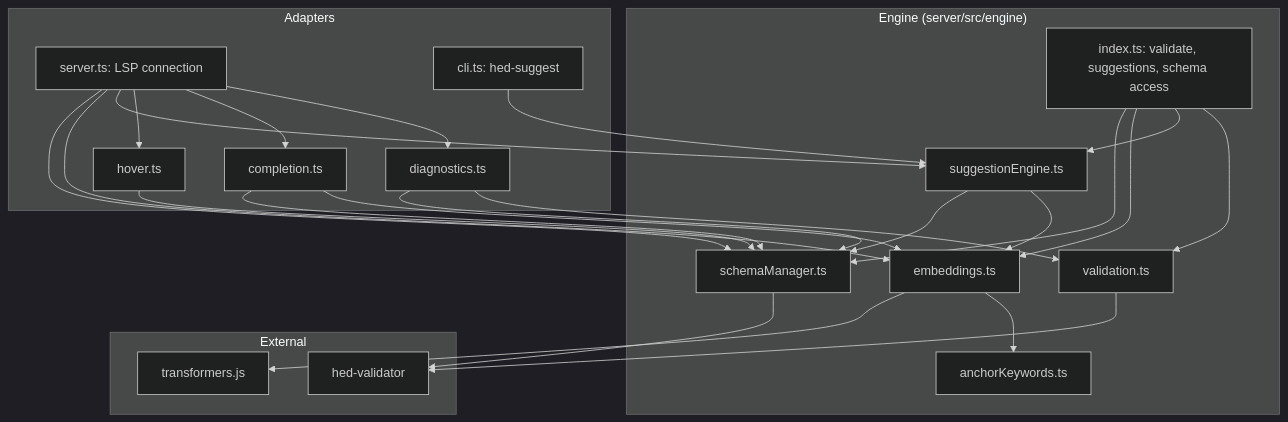
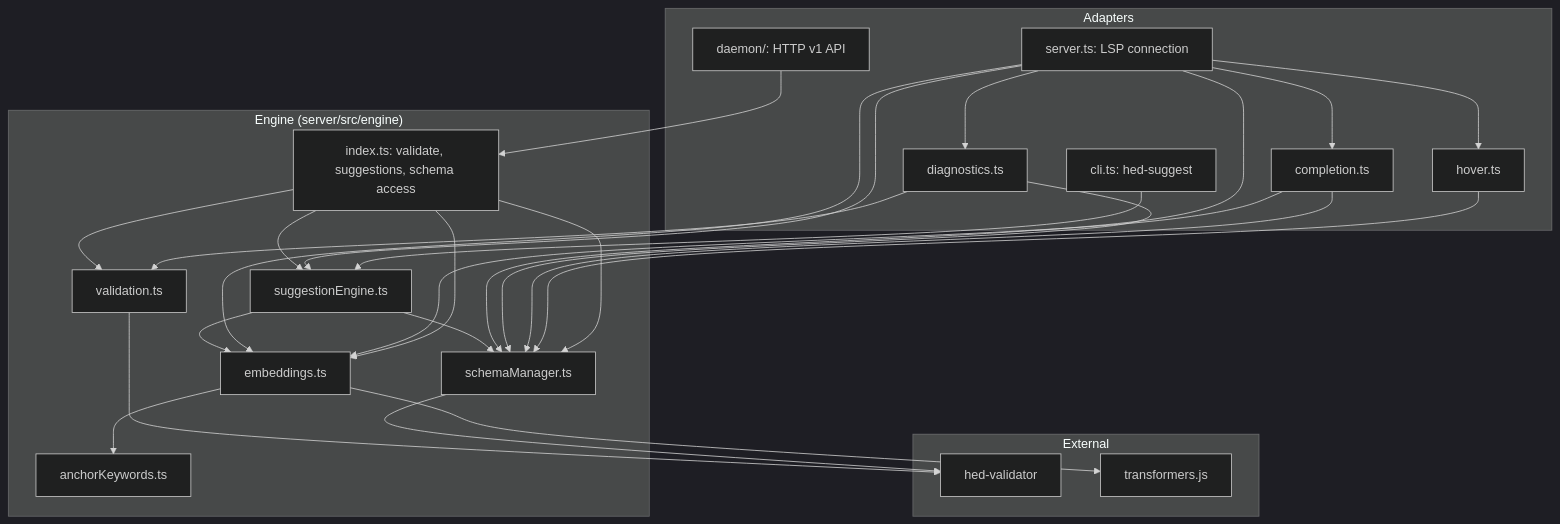
Before and after one commit to hed-standard/hed-lsp: the third of 7 diagrams in docs/architecture.md, drawn with Mermaid (dark theme). The commit also changed other lines of this file and 5 other files, not shown here.

First line of the commit message:
docs: document the v1 daemon API and limits

````diff
--- a/docs/architecture.md
+++ b/docs/architecture.md
@@ -63,36 +65,38 @@
 ```mermaid
 graph TB
     subgraph "Adapters"
         A[server.ts: LSP connection] --> B[diagnostics.ts]
         A --> C[completion.ts]
         A --> D[hover.ts]
         E[cli.ts: hed-suggest]
+        N[daemon/: HTTP v1 API]
     end
 
     subgraph "Engine (server/src/engine)"
         F[index.ts: validate, suggestions, schema access]
         F --> G[validation.ts]
         F --> H[suggestionEngine.ts]
         H --> I[embeddings.ts]
         H --> J[schemaManager.ts]
         I --> K[anchorKeywords.ts]
     end
 
     subgraph "External"
         G --> L[hed-validator]
         J --> L
         I --> M[transformers.js]
     end
 
     A --> H
     A --> I
     A --> J
     B --> G
     B --> J
     C --> I
     C --> J
     D --> J
     E --> H
+    N --> F
     F --> I
     F --> J
 ```
````
